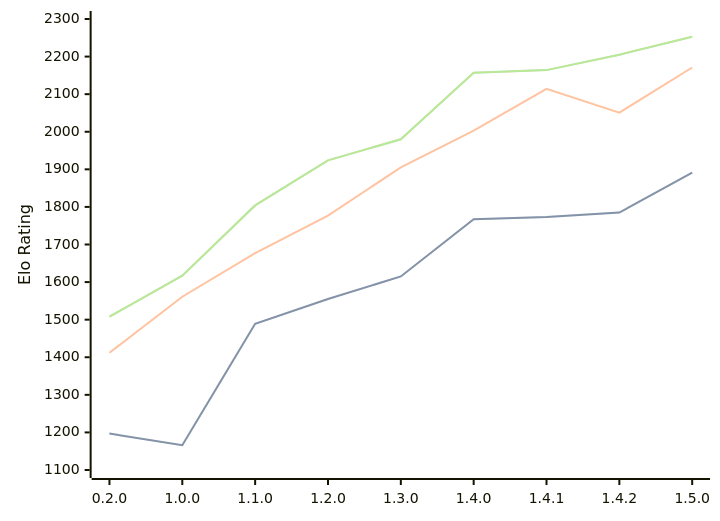
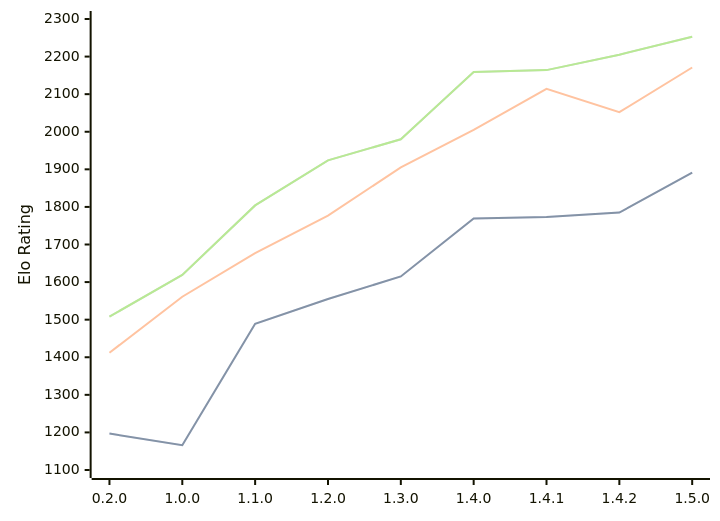
Before and after one commit to computer-chess-index/cci: the diagram in engines/Zeppelin.md, drawn with Mermaid. The commit also changed other lines of this file, not shown here.

Commit message:
Update CCI Ratings (ELO VLTC) - 2026-07-26

````diff
--- a/engines/Zeppelin.md
+++ b/engines/Zeppelin.md
@@ -41,11 +41,11 @@
 ```mermaid
 %%{init: {"theme":"base","themeVariables":{"seriesColors:['#a3a3a3','#222221','#faa371']}}}%%
 xychart-beta
   x-axis ["0.2.0", "1.0.0", "1.1.0", "1.2.0", "1.3.0", "1.4.0", "1.4.1", "1.4.2", "1.5.0"]
   y-axis "Elo Rating" 1100 --> 2300
-  line "STC (8.0+0.08s)" [1197, 1166, 1489, 1555, 1615, 1767, 1773, 1785, 1891]
-  line "STC (8.0+0.08s)" [1197, 1166, 1489, 1555, 1615, 1767, 1773, 1785, 1891]
-  line "LTC (60.0+0.60s)" [1412, 1561, 1677, 1777, 1905, 2003, 2114, 2051, 2171]
-  line "VLTC (2m24s+1.12s)" [1508, 1617, 1804, 1924, 1980, 2157, 2164, 2205, 2253]
-  line "VLTC (2m24s+1.12s)" [1508, 1617, 1804, 1924, 1980, 2157, 2164, 2205, 2253]
+  line "STC (8.0+0.08s)" [1197, 1166, 1489, 1555, 1615, 1769, 1773, 1785, 1891]
+  line "STC (8.0+0.08s)" [1197, 1166, 1489, 1555, 1615, 1769, 1773, 1785, 1891]
+  line "LTC (60.0+0.60s)" [1412, 1561, 1677, 1777, 1905, 2005, 2114, 2052, 2171]
+  line "VLTC (2m24s+1.12s)" [1508, 1619, 1804, 1924, 1980, 2159, 2164, 2205, 2253]
+  line "VLTC (2m24s+1.12s)" [1508, 1619, 1804, 1924, 1980, 2159, 2164, 2205, 2253]
 ```
````
